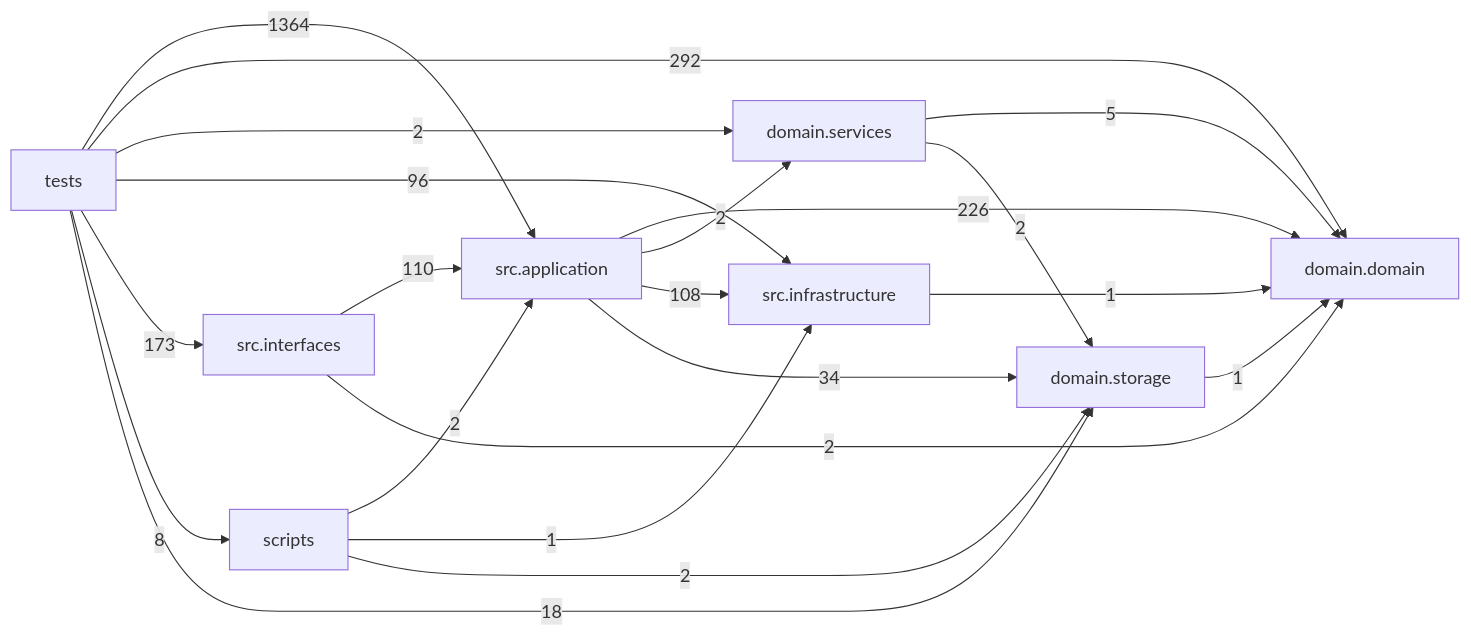
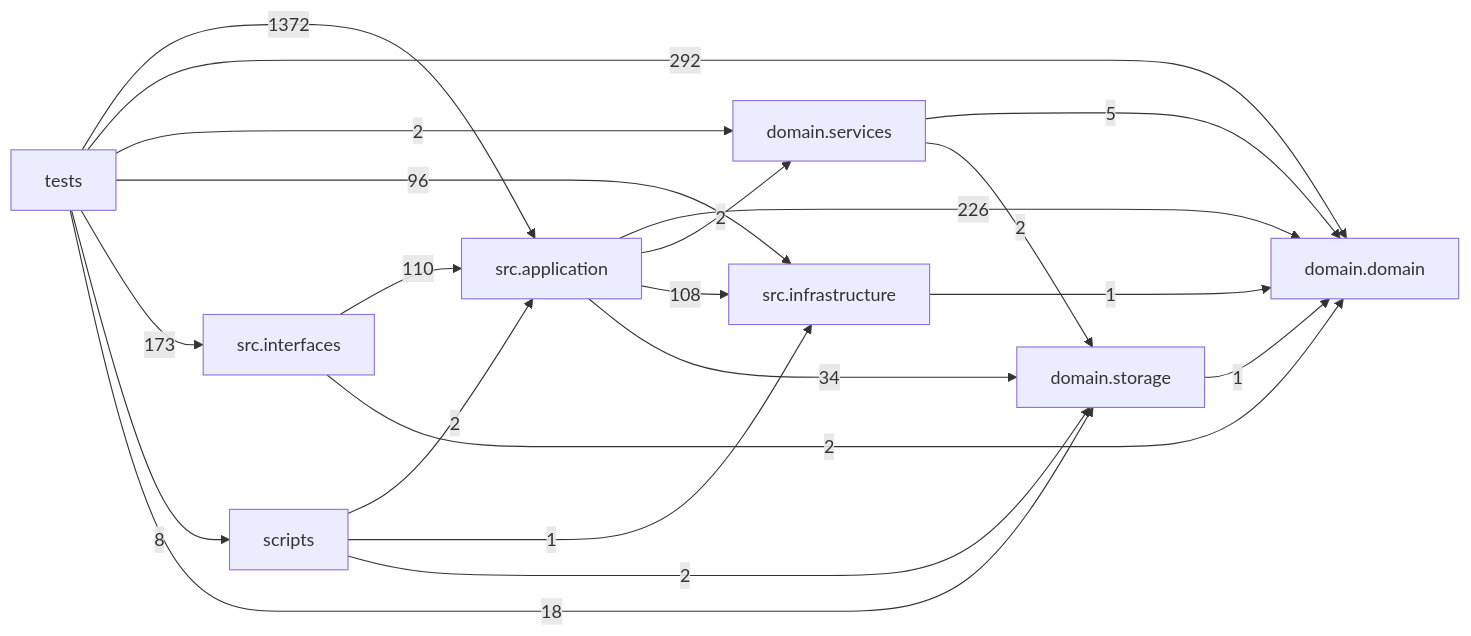
The diagram in docs/DEPENDENCY_GRAPH.md (liuxie066/options-monitor), drawn with Mermaid before and after one commit. The commit also changed other lines of this file and 27 other files, not shown here.

````diff
--- a/docs/DEPENDENCY_GRAPH.md
+++ b/docs/DEPENDENCY_GRAPH.md
@@ -24,31 +24,31 @@
 ```mermaid
 flowchart LR
   tests["tests"]
   scripts["scripts"]
   interfaces["src.interfaces"]
   application["src.application"]
   infrastructure["src.infrastructure"]
   domain_services["domain.services"]
   domain["domain.domain"]
   storage["domain.storage"]
   application -->|226| domain
   application -->|2| domain_services
   application -->|108| infrastructure
   application -->|34| storage
   domain_services -->|5| domain
   domain_services -->|2| storage
   infrastructure -->|1| domain
   interfaces -->|110| application
   interfaces -->|2| domain
   scripts -->|2| application
   scripts -->|1| infrastructure
   scripts -->|2| storage
   storage -->|1| domain
-  tests -->|1364| application
+  tests -->|1372| application
   tests -->|292| domain
   tests -->|2| domain_services
   tests -->|96| infrastructure
   tests -->|173| interfaces
   tests -->|8| scripts
   tests -->|18| storage
 ```
````
